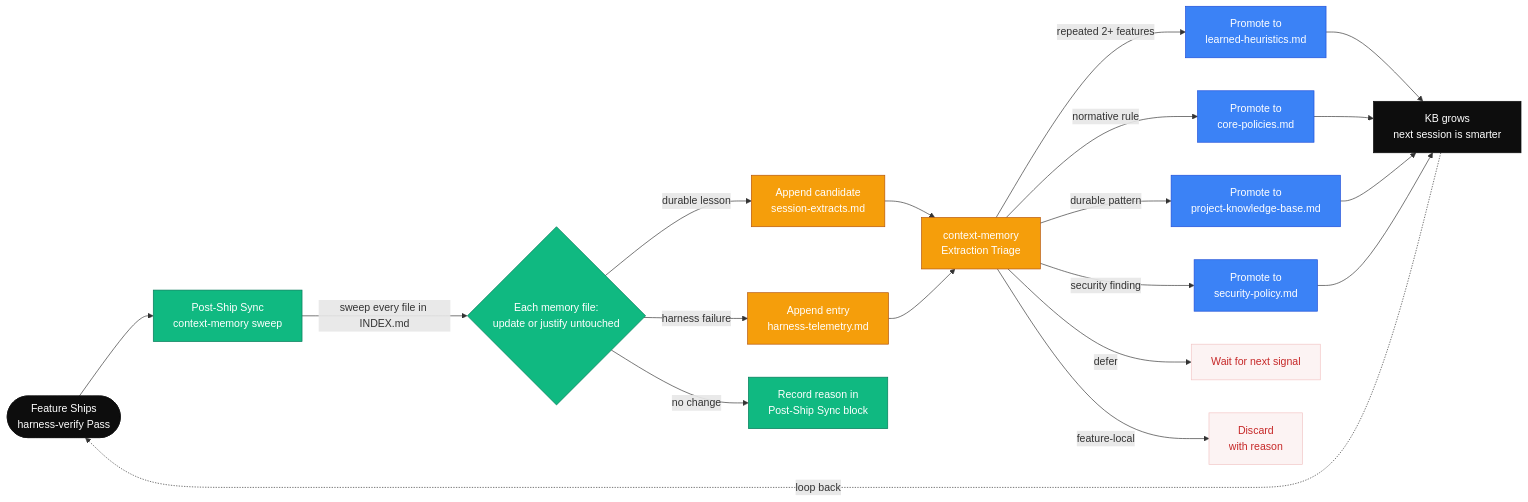
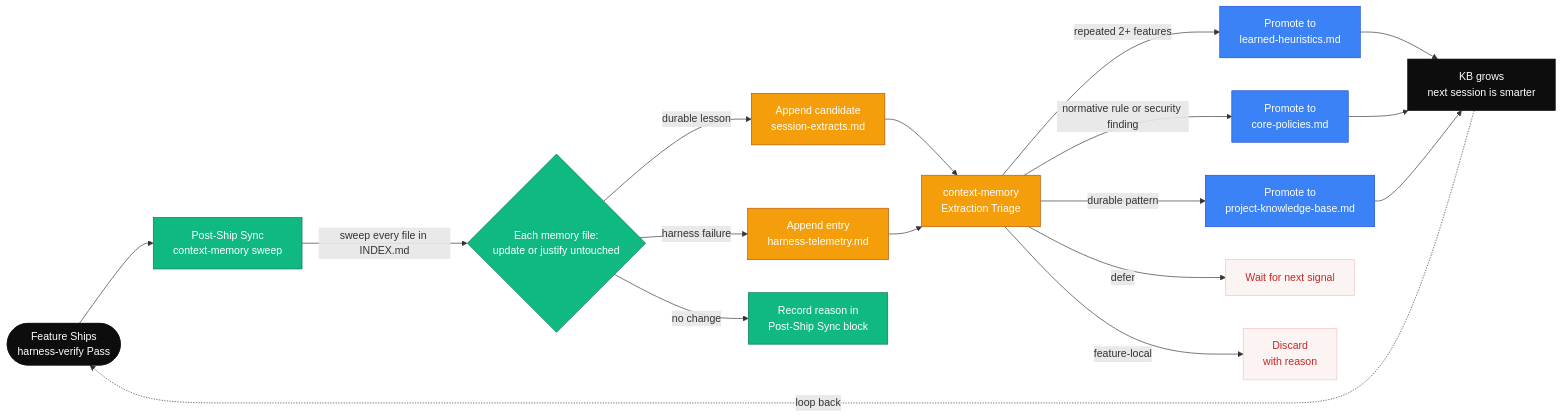
The second of 3 diagrams in documents/memory.md (thaihai-swe/CoreZero-Nexus), drawn with Mermaid before and after one commit. The commit also changed other lines of this file and 95 other files, not shown here.

````diff
--- a/documents/memory.md
+++ b/documents/memory.md
@@ -189,41 +184,39 @@
 ```mermaid
 flowchart LR
     %% Self-Improving KB Loop — ship to extract to triage to promote
 
     SHIP([Feature Ships<br/>harness-verify Pass]) --> SYNC[Post-Ship Sync<br/>context-memory sweep]
 
     SYNC -->|sweep every file in INDEX.md| FILES{Each memory file:<br/>update or justify untouched}
 
     FILES -->|durable lesson| EXT[Append candidate<br/>session-extracts.md]
     FILES -->|harness failure| OBS[Append entry<br/>harness-telemetry.md]
     FILES -->|no change| RECORD[Record reason in<br/>Post-Ship Sync block]
 
     EXT --> TRIAGE[context-memory<br/>Extraction Triage]
     OBS --> TRIAGE
 
     TRIAGE -->|repeated 2+ features| HEUR[Promote to<br/>learned-heuristics.md]
-    TRIAGE -->|normative rule| CONST[Promote to<br/>core-policies.md]
+    TRIAGE -->|normative rule or security finding| CONST[Promote to<br/>core-policies.md]
     TRIAGE -->|durable pattern| PKB[Promote to<br/>project-knowledge-base.md]
-    TRIAGE -->|security finding| SEC[Promote to<br/>security-policy.md]
     TRIAGE -->|defer| DEF[Wait for next signal]
     TRIAGE -->|feature-local| DISC[Discard<br/>with reason]
 
     HEUR --> SMARTER[KB grows<br/>next session is smarter]
     CONST --> SMARTER
     PKB --> SMARTER
-    SEC --> SMARTER
 
     SMARTER -.->|loop back| SHIP
 
     classDef terminal fill:#0d0d0d,stroke:#0d0d0d,color:#fff
     classDef sync fill:#10b981,stroke:#047857,color:#fff
     classDef triage fill:#f59e0b,stroke:#b45309,color:#fff
     classDef promote fill:#3b82f6,stroke:#1d4ed8,color:#fff
     classDef discard fill:#fcf3f3,stroke:#f2c4c4,color:#c62828
 
     class SHIP,SMARTER terminal
     class SYNC,FILES,RECORD sync
     class TRIAGE,EXT,OBS triage
     class HEUR,CONST,PKB,SEC promote
     class DEF,DISC discard
 ```
````
